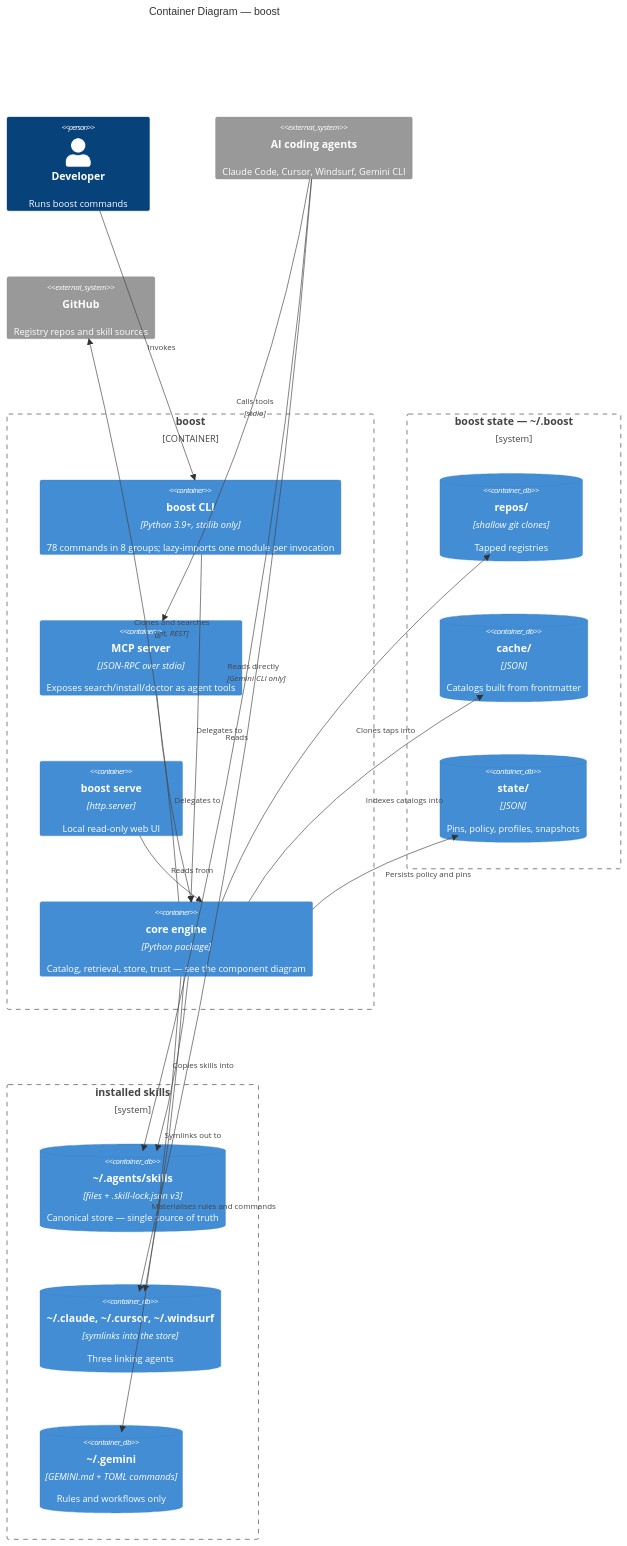
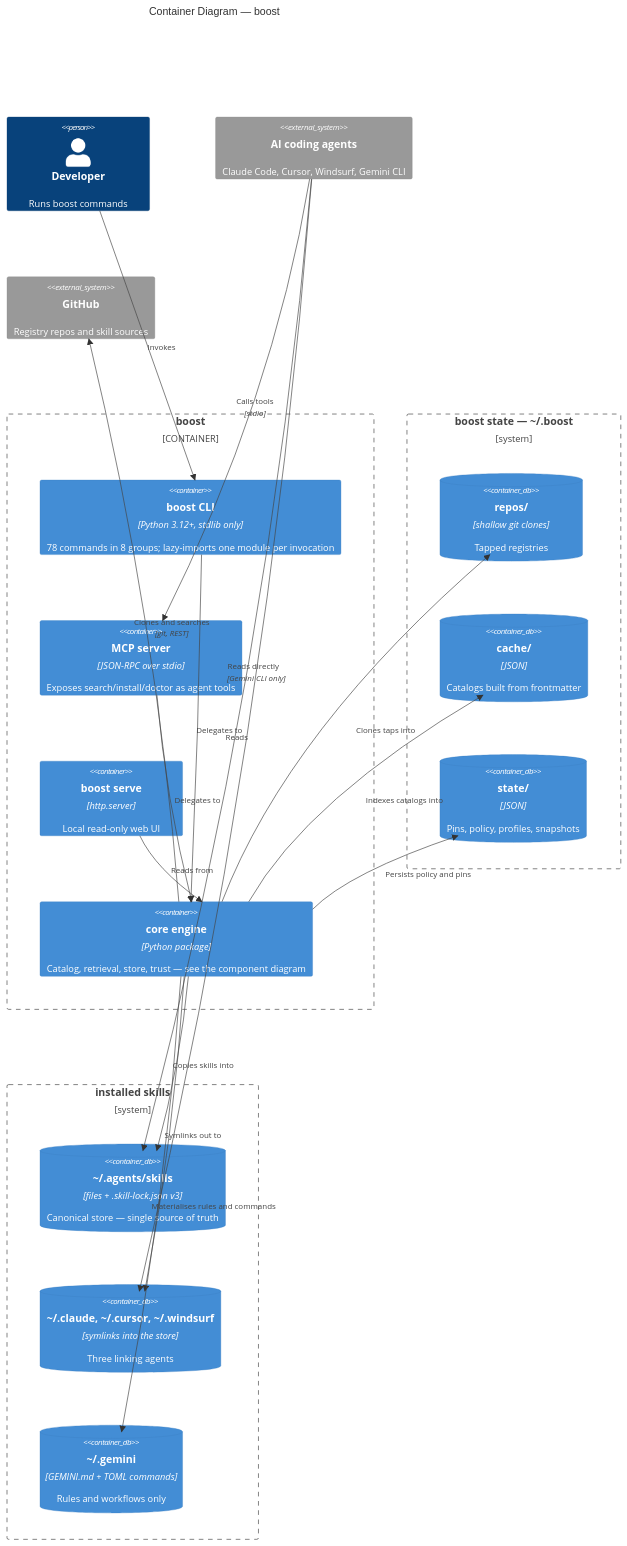
Before and after one commit to jonnyeclectic/boost: the diagram in docs/architecture/c4-containers.md, drawn with Mermaid. The commit also changed 37 other files, not shown here.

````diff
--- a/docs/architecture/c4-containers.md
+++ b/docs/architecture/c4-containers.md
@@ -7,44 +7,44 @@
 ```mermaid
 C4Container
   title Container Diagram — boost
 
   Person(dev, "Developer", "Runs boost commands")
   System_Ext(agents, "AI coding agents", "Claude Code, Cursor, Windsurf, Gemini CLI")
   System_Ext(github, "GitHub", "Registry repos and skill sources")
 
   Container_Boundary(boost, "boost") {
-    Container(cli, "boost CLI", "Python 3.9+, stdlib only", "78 commands in 8 groups; lazy-imports one module per invocation")
+    Container(cli, "boost CLI", "Python 3.12+, stdlib only", "78 commands in 8 groups; lazy-imports one module per invocation")
     Container(mcp, "MCP server", "JSON-RPC over stdio", "Exposes search/install/doctor as agent tools")
     Container(web, "boost serve", "http.server", "Local read-only web UI")
     Container(engine, "core engine", "Python package", "Catalog, retrieval, store, trust — see the component diagram")
   }
 
   Boundary(state, "boost state — ~/.boost") {
     ContainerDb(repos, "repos/", "shallow git clones", "Tapped registries")
     ContainerDb(cache, "cache/", "JSON", "Catalogs built from frontmatter")
     ContainerDb(statedir, "state/", "JSON", "Pins, policy, profiles, snapshots")
   }
 
   Boundary(installed, "installed skills") {
     ContainerDb(store, "~/.agents/skills", "files + .skill-lock.json v3", "Canonical store — single source of truth")
     ContainerDb(links, "~/.claude, ~/.cursor, ~/.windsurf", "symlinks into the store", "Three linking agents")
     ContainerDb(gemini, "~/.gemini", "GEMINI.md + TOML commands", "Rules and workflows only")
   }
 
   Rel(dev, cli, "Invokes")
   Rel(agents, mcp, "Calls tools", "stdio")
   Rel(cli, engine, "Delegates to")
   Rel(mcp, engine, "Delegates to")
   Rel(web, engine, "Reads from")
   Rel(engine, github, "Clones and searches", "git, REST")
   Rel(engine, repos, "Clones taps into")
   Rel(engine, cache, "Indexes catalogs into")
   Rel(engine, statedir, "Persists policy and pins")
   Rel(engine, store, "Copies skills into")
   Rel(engine, links, "Symlinks out to")
   Rel(engine, gemini, "Materialises rules and commands")
   Rel(agents, store, "Reads directly", "Gemini CLI only")
   Rel(agents, links, "Reads")
 
   UpdateLayoutConfig($c4ShapeInRow="2", $c4BoundaryInRow="2")
 ```
````
